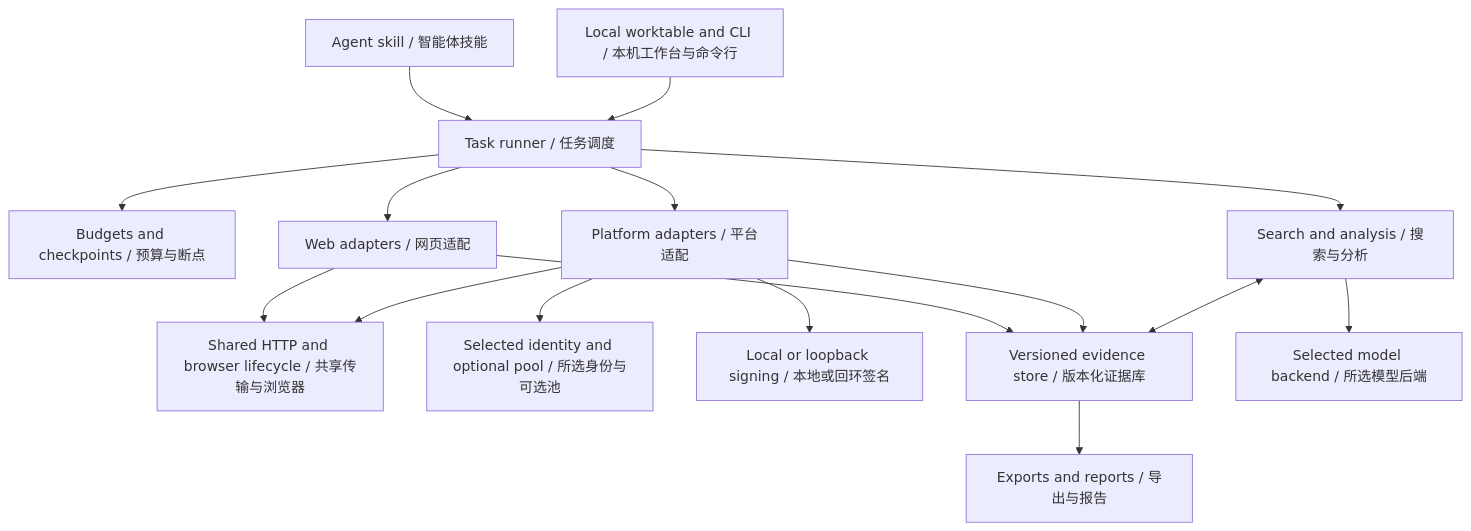
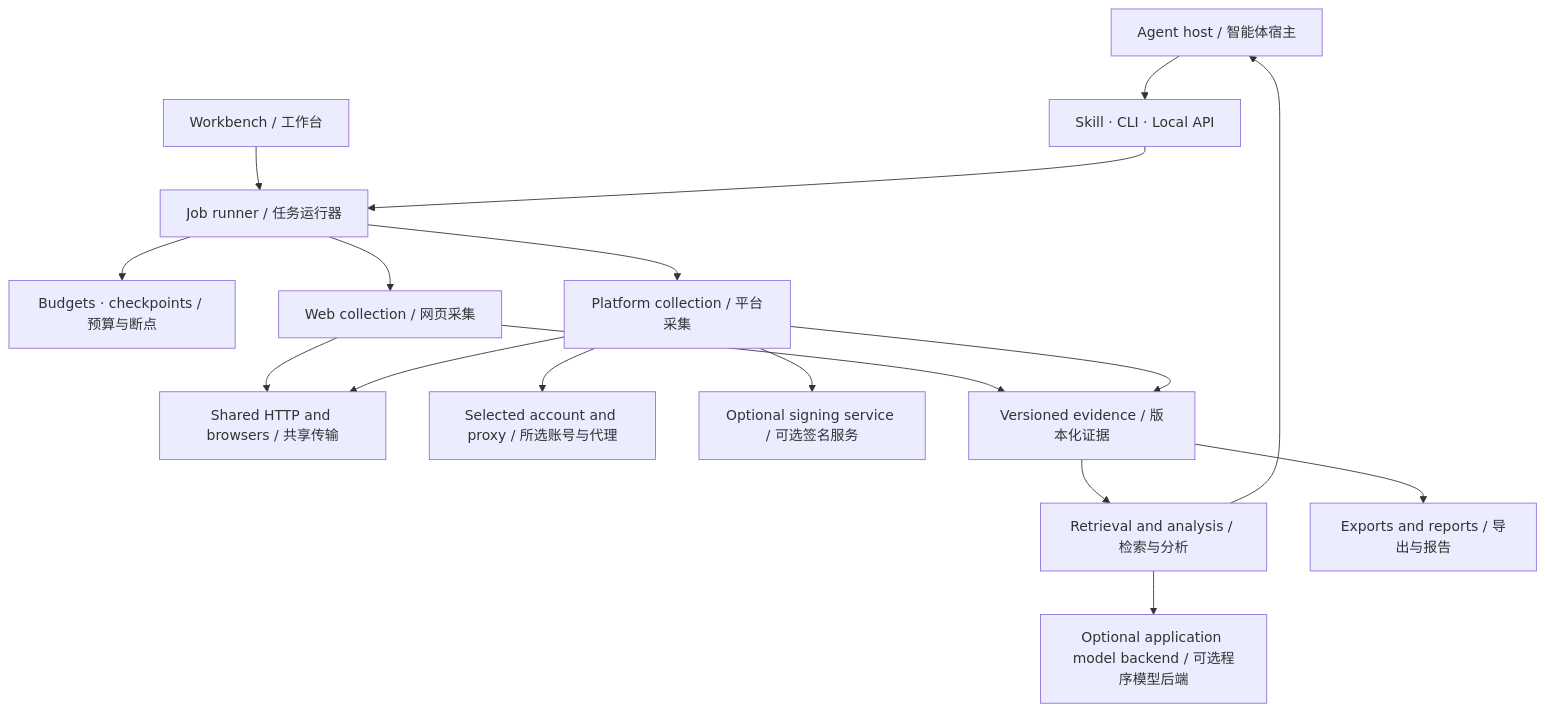
Before and after one commit to AresWei/Crawl_for_agent: the first of 2 diagrams in docs/ARCHITECTURE.md, drawn with Mermaid. The commit also changed other lines of this file and 13 other files, not shown here.

````diff
--- a/docs/ARCHITECTURE.md
+++ b/docs/ARCHITECTURE.md
@@ -11,18 +11,19 @@
 ```mermaid
 flowchart TD
-    A[Agent skill / 智能体技能] --> R[Task runner / 任务调度]
-    U[Local worktable and CLI / 本机工作台与命令行] --> R
-    R --> B[Budgets and checkpoints / 预算与断点]
-    R --> W[Web adapters / 网页适配]
-    R --> P[Platform adapters / 平台适配]
-    R --> S[Search and analysis / 搜索与分析]
-    W --> T[Shared HTTP and browser lifecycle / 共享传输与浏览器]
+    A[Agent host / 智能体宿主] --> C[Skill · CLI · Local API]
+    U[Workbench / 工作台] --> R[Job runner / 任务运行器]
+    C --> R
+    R --> B[Budgets · checkpoints / 预算与断点]
+    R --> W[Web collection / 网页采集]
+    R --> P[Platform collection / 平台采集]
+    W --> T[Shared HTTP and browsers / 共享传输]
     P --> T
-    P --> I[Selected identity and optional pool / 所选身份与可选池]
-    P --> G[Local or loopback signing / 本地或回环签名]
-    W --> D[Versioned evidence store / 版本化证据库]
+    P --> I[Selected account and proxy / 所选账号与代理]
+    P --> G[Optional signing service / 可选签名服务]
+    W --> D[Versioned evidence / 版本化证据]
     P --> D
-    S <--> D
+    D --> S[Retrieval and analysis / 检索与分析]
     D --> E[Exports and reports / 导出与报告]
-    S --> M[Selected model backend / 所选模型后端]
+    S --> A
+    S --> M[Optional application model backend / 可选程序模型后端]
 ```
````
